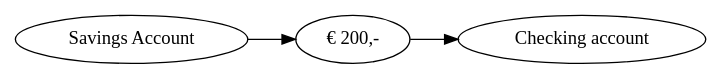
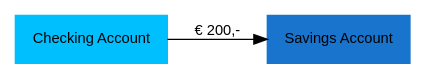
The first of 4 diagrams in docs/concepts/transactions.rst (firefly-iii/docs), drawn with Graphviz before and after one commit. The commit also changed other lines of this file, not shown here.

```diff
--- a/docs/concepts/transactions.rst
+++ b/docs/concepts/transactions.rst
@@ -9,7 +9,12 @@
 .. graphviz::
 
    digraph foo {
+      graph [fontname = "helvetica"]; 
+      node [fontname = "helvetica", fontsize=11, style=filled, shape=rounded];
+      edge [fontname = "helvetica", fontsize=11];
       rankdir="LR";
-      "Savings Account" -> "€ 200,-";
-      "€ 200,-" -> "Checking account";
+      a[label="Checking Account", color=deepskyblue];
+      b[label="Savings Account", color=dodgerblue3]
+
+      a -> b[label="€ 200,-"]
    }
```
